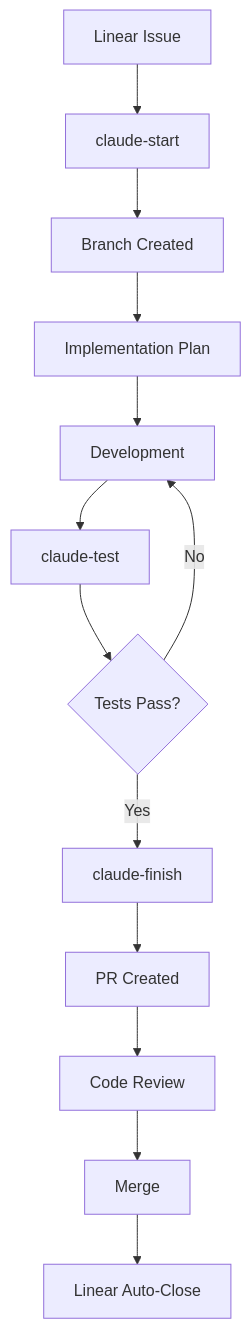
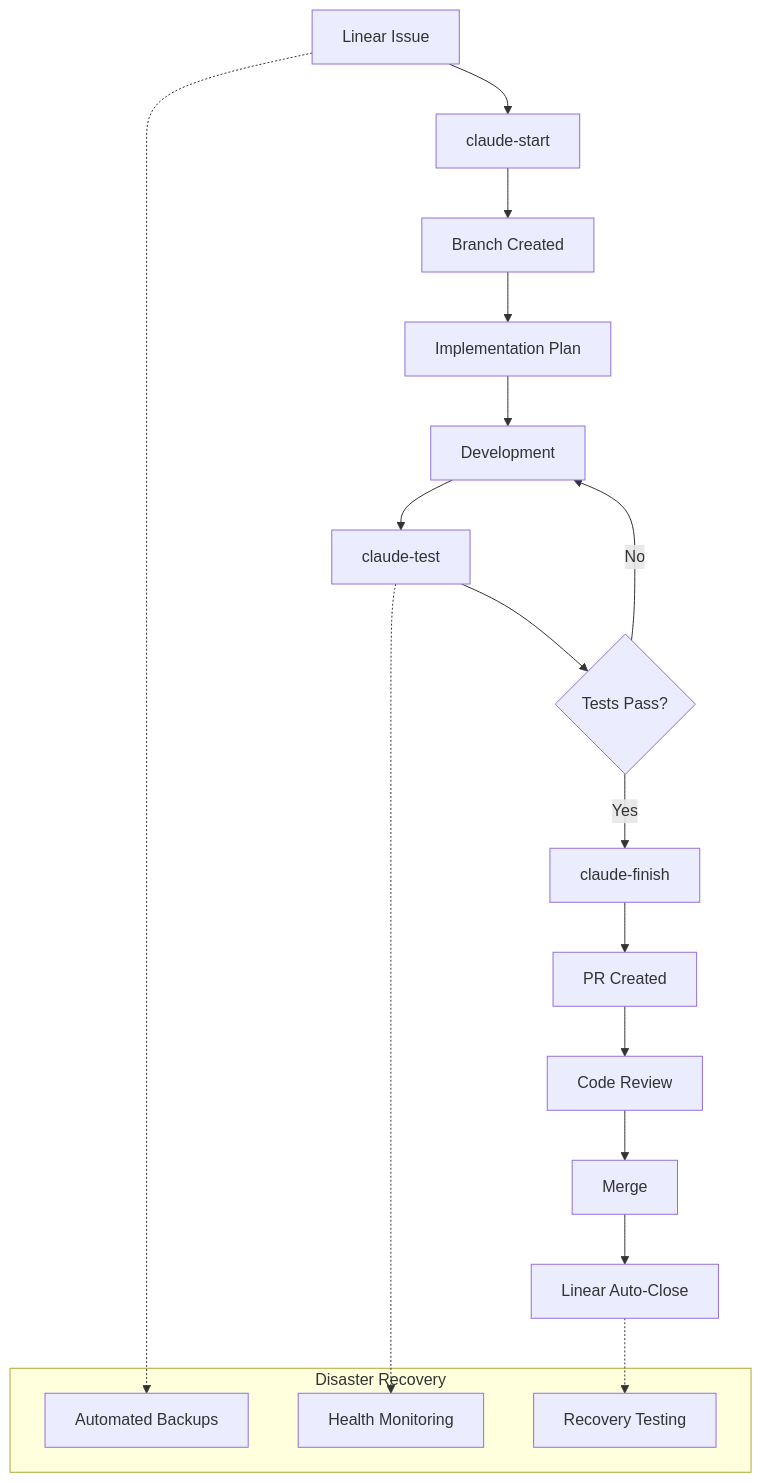
Before and after one commit to franorzabal-hub/development-workflow: the diagram in README.md, drawn with Mermaid. The commit also changed other lines of this file, not shown here.

First line of the commit message:
📚 Update README with disaster recovery capabilities

````diff
--- a/README.md
+++ b/README.md
@@ -108,15 +156,25 @@
 ```mermaid
 flowchart TD
     A[Linear Issue] --> B[claude-start]
     B --> C[Branch Created]
     C --> D[Implementation Plan]
     D --> E[Development]
     E --> F[claude-test]
     F --> G{Tests Pass?}
     G -->|No| E
     G -->|Yes| H[claude-finish]
     H --> I[PR Created]
     I --> J[Code Review]
     J --> K[Merge]
     K --> L[Linear Auto-Close]
+    
+    subgraph "Disaster Recovery"
+        M[Automated Backups]
+        N[Health Monitoring]
+        O[Recovery Testing]
+    end
+    
+    A -.-> M
+    F -.-> N
+    L -.-> O
 ```
````
